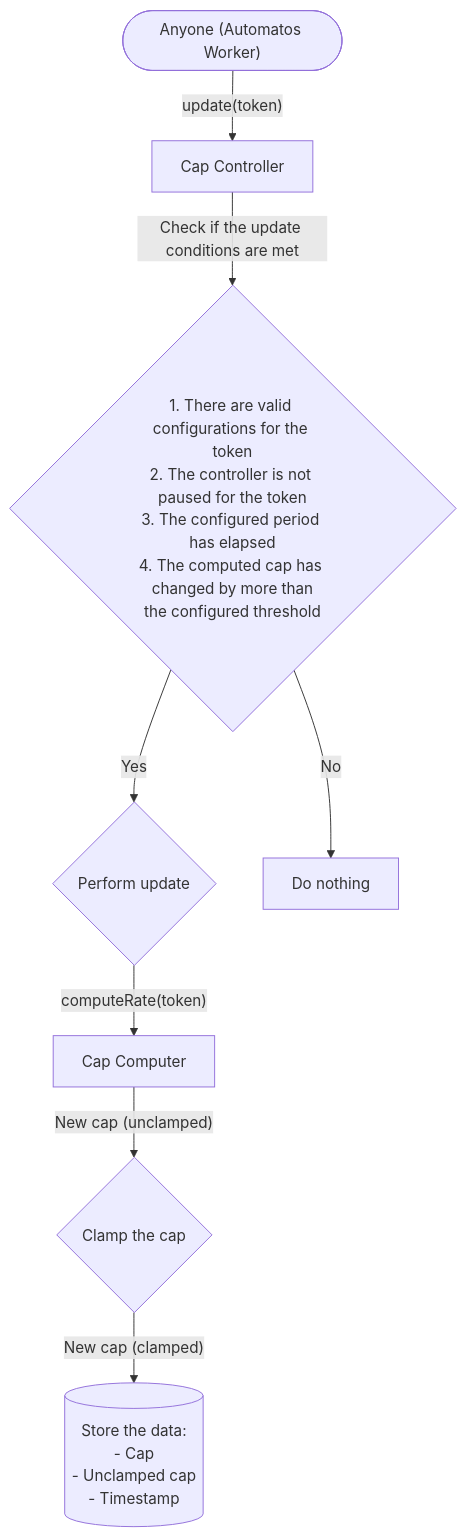
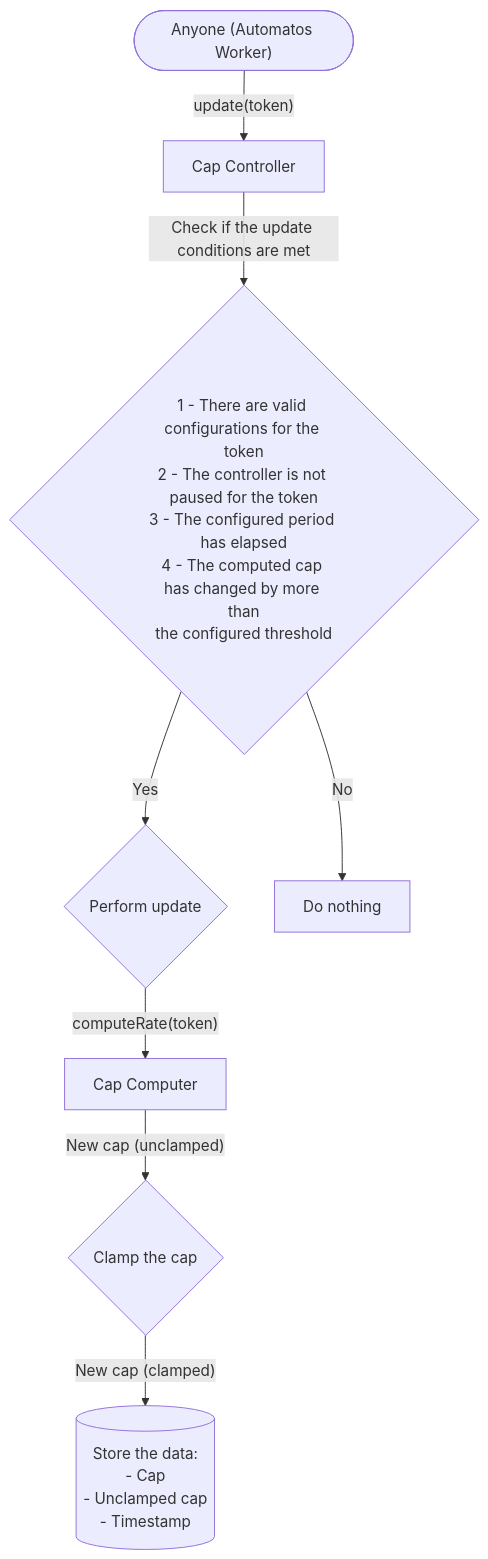
The first of 3 diagrams in content/prudentia/controllers/cap-controller.mdx (adrastia-oracle/adrastia-docs), drawn with Mermaid before and after one commit. The commit also changed other lines of this file, not shown here.

Commit message:
Fix lists in Mermaid diagrams

````diff
--- a/content/prudentia/controllers/cap-controller.mdx
+++ b/content/prudentia/controllers/cap-controller.mdx
@@ -57,10 +57,10 @@
 ```mermaid
 flowchart TB
     A(["Anyone (Automatos Worker)"]) -- "update(token)" --> B["Cap Controller"]
-    B  -- Check if the update conditions are met --> M{"1. There are valid configurations for the token\n2. The controller is not paused for the token\n3. The configured period has elapsed\n4. The computed cap has changed by more than\nthe configured threshold"}
+    B  -- Check if the update conditions are met --> M{"1 - There are valid configurations for the token<br>2 - The controller is not paused for the token<br>3 - The configured period has elapsed\n4 - The computed cap has changed by more than\nthe configured threshold"}
     M -- Yes --> N{"Perform update"}
     M -- No --> O["Do nothing"]
     N -- "computeRate(token)" --> C["Cap Computer"]
     C -- New cap (unclamped) --> E{"Clamp the cap"}
-    E -- New cap (clamped) --> J[("Store the data:\n - Cap\n - Unclamped cap\n - Timestamp")]
+    E -- New cap (clamped) --> J[("Store the data:<br>- Cap<br>- Unclamped cap<br>- Timestamp")]
 ```
````
